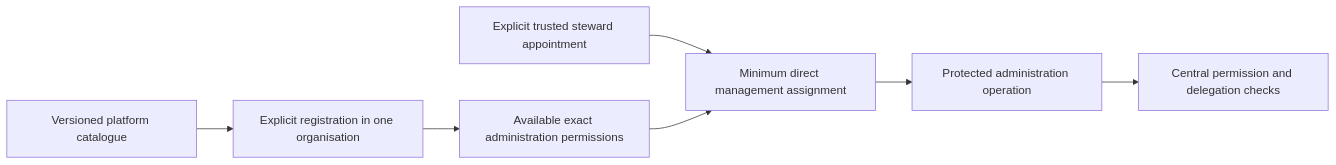
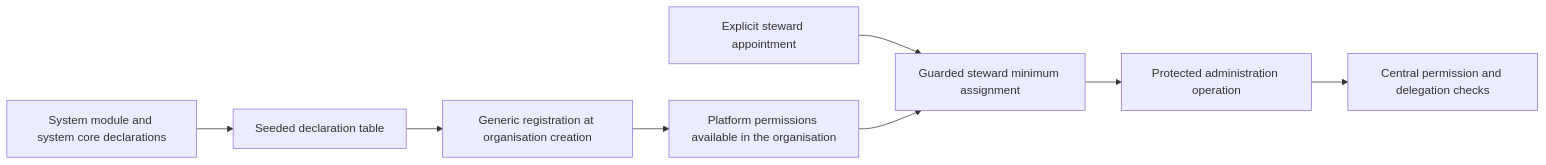
Before and after one commit to Abzum-NZ/Abzum-Vortex: the diagram in docs/specification/appendices/platform-permission-catalogue.md, drawn with Mermaid. The commit also changed other lines of this file and 6 other files, not shown here.

Commit message:
#1492 Rewrite platform permission catalogue specification

````diff
--- a/docs/specification/appendices/platform-permission-catalogue.md
+++ b/docs/specification/appendices/platform-permission-catalogue.md
@@ -60,9 +79,10 @@
 ```mermaid
 flowchart LR
-    CAT[Versioned platform catalogue] --> REG[Explicit registration in one organisation]
-    REG --> AVAIL[Available exact administration permissions]
-    BOOT[Explicit trusted steward appointment] --> ASSIGN[Minimum direct management assignment]
-    AVAIL --> ASSIGN
+    DECL[System module and system core declarations] --> SEED[Seeded declaration table]
+    SEED --> REGISTER[Generic registration at organisation creation]
+    REGISTER --> AVAILABLE[Platform permissions available in the organisation]
+    STEWARD[Explicit steward appointment] --> ASSIGN[Guarded steward minimum assignment]
+    AVAILABLE --> ASSIGN
     ASSIGN --> USE[Protected administration operation]
     USE --> CHECK[Central permission and delegation checks]
 ```
````
